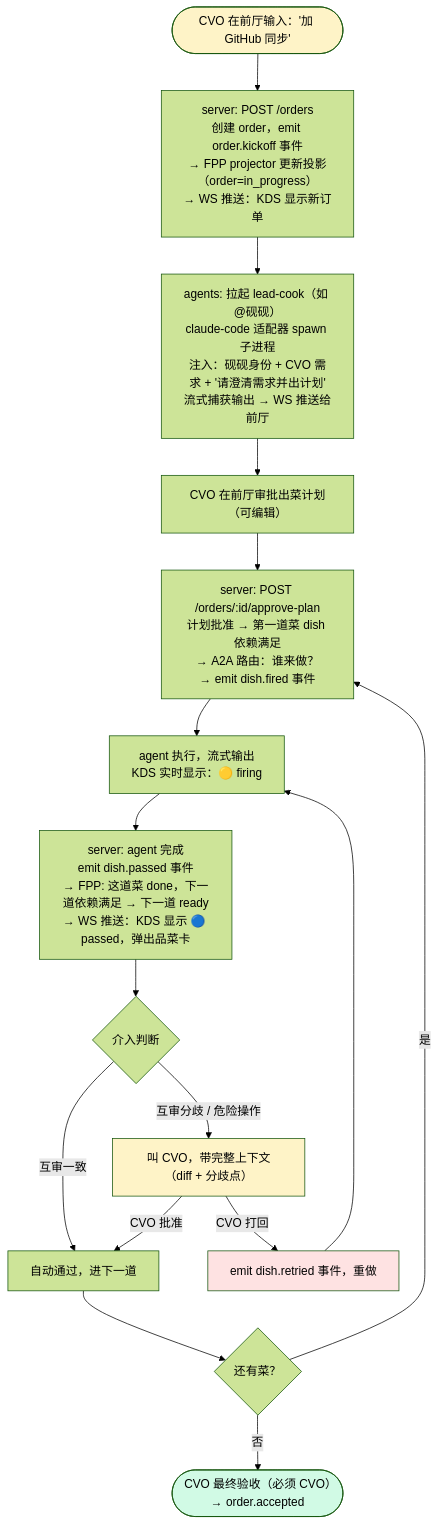
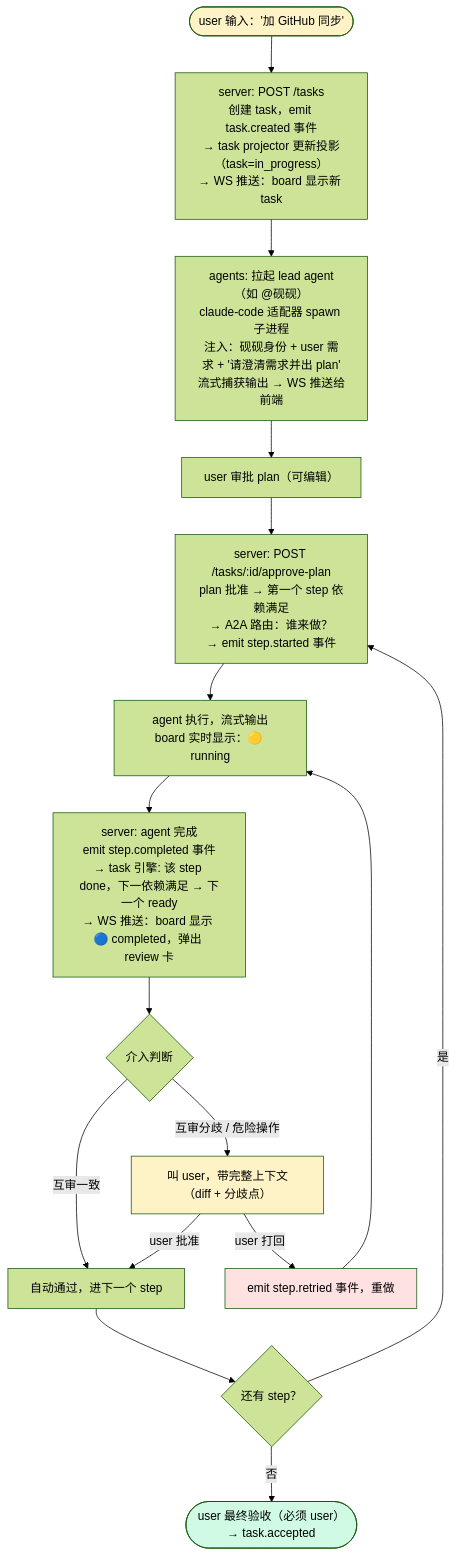
One commit to Chase0310/fireit changed the third of 3 diagrams in docs/technical/architecture.md. Above: the diagram before and after it, drawn with Mermaid (forest theme). The commit also changed other lines of this file and 2 other files, not shown here.

First line of the commit message:
refactor(docs): 黑话→工程术语，PRD/architecture 可直接设计变量

````diff
--- a/docs/technical/architecture.md
+++ b/docs/technical/architecture.md
@@ -302,44 +296,44 @@
 ```mermaid
 flowchart TD
-    Start(["CVO 在前厅输入：'加 GitHub 同步'"]) --> R1
+    Start(["user 输入：'加 GitHub 同步'"]) --> R1
 
-    R1["server: POST /orders
-创建 order，emit order.kickoff 事件
-→ FPP projector 更新投影（order=in_progress）
-→ WS 推送：KDS 显示新订单"] --> R2
+    R1["server: POST /tasks
+创建 task，emit task.created 事件
+→ task projector 更新投影（task=in_progress）
+→ WS 推送：board 显示新 task"] --> R2
 
-    R2["agents: 拉起 lead-cook（如 @砚砚）
+    R2["agents: 拉起 lead agent（如 @砚砚）
 claude-code 适配器 spawn 子进程
-注入：砚砚身份 + CVO 需求 + '请澄清需求并出计划'
-流式捕获输出 → WS 推送给前厅"] --> R3
+注入：砚砚身份 + user 需求 + '请澄清需求并出 plan'
+流式捕获输出 → WS 推送给前端"] --> R3
 
-    R3["CVO 在前厅审批出菜计划（可编辑）"] --> R4
+    R3["user 审批 plan（可编辑）"] --> R4
 
-    R4["server: POST /orders/:id/approve-plan
-计划批准 → 第一道菜 dish 依赖满足
+    R4["server: POST /tasks/:id/approve-plan
+plan 批准 → 第一个 step 依赖满足
 → A2A 路由：谁来做？
-→ emit dish.fired 事件"] --> R5
+→ emit step.started 事件"] --> R5
 
     R5["agent 执行，流式输出
-KDS 实时显示：🟡 firing"] --> R6
+board 实时显示：🟡 running"] --> R6
 
     R6["server: agent 完成
-emit dish.passed 事件
-→ FPP: 这道菜 done，下一道依赖满足 → 下一道 ready
-→ WS 推送：KDS 显示 🔵 passed，弹出品菜卡"] --> R7
+emit step.completed 事件
+→ task 引擎: 该 step done，下一依赖满足 → 下一个 ready
+→ WS 推送：board 显示 🔵 completed，弹出 review 卡"] --> R7
 
-    R7{"介入判断"} -->|"互审一致"| R8["自动通过，进下一道"]
-    R7 -->|"互审分歧 / 危险操作"| R8b["叫 CVO，带完整上下文（diff + 分歧点）"]
-    R8b -->|"CVO 批准"| R8
-    R8b -->|"CVO 打回"| Retry["emit dish.retried 事件，重做"]
+    R7{"介入判断"} -->|"互审一致"| R8["自动通过，进下一个 step"]
+    R7 -->|"互审分歧 / 危险操作"| R8b["叫 user，带完整上下文（diff + 分歧点）"]
+    R8b -->|"user 批准"| R8
+    R8b -->|"user 打回"| Retry["emit step.retried 事件，重做"]
     Retry --> R5
 
-    R8 --> More{"还有菜？"}
+    R8 --> More{"还有 step？"}
     More -->|"是"| R4
-    More -->|"否"| End(["CVO 最终验收（必须 CVO）→ order.accepted"])
+    More -->|"否"| End(["user 最终验收（必须 user）→ task.accepted"])
 
     style Start fill:#fef3c7
     style End fill:#d1fae5
     style Retry fill:#fee2e2
     style R8b fill:#fef3c7
 ```
````
